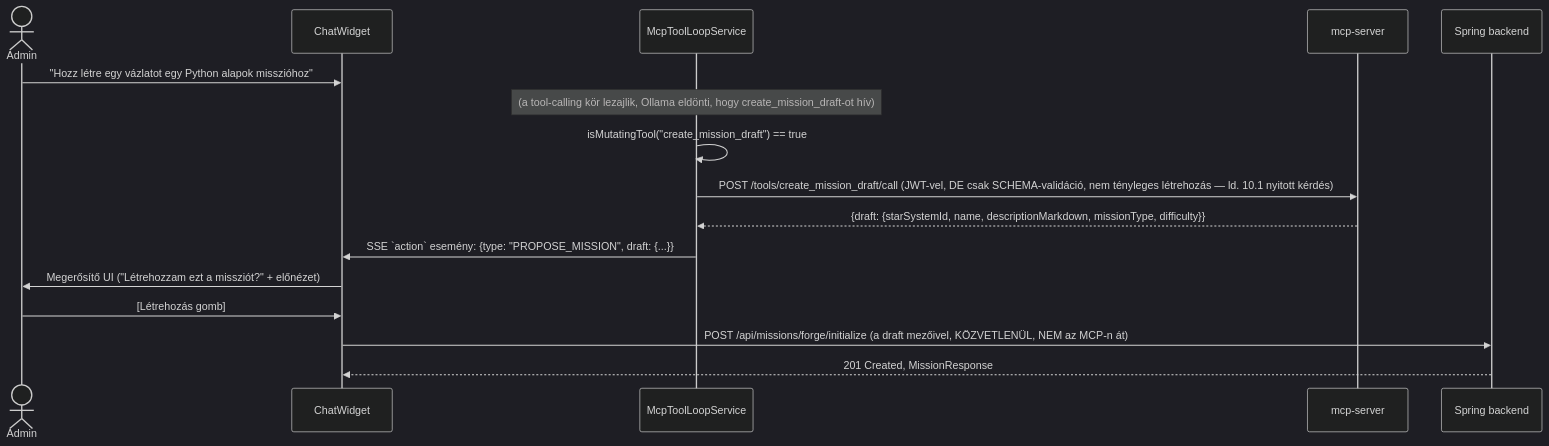
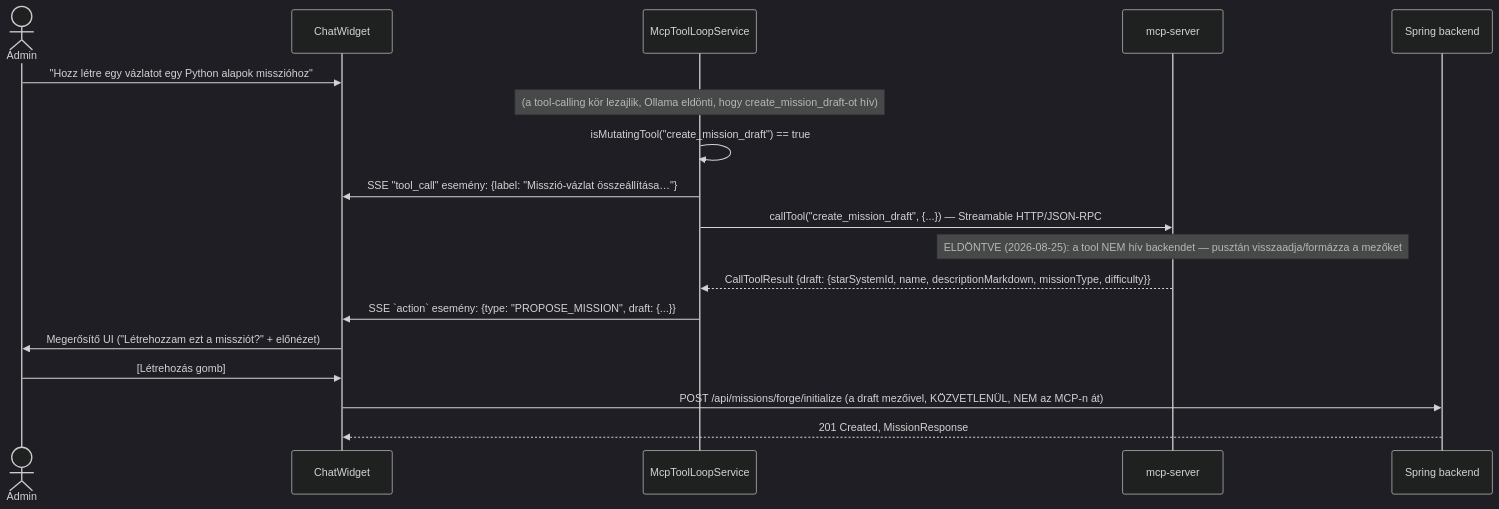
The third of 3 diagrams in plans/pr5_mcp_toolcalling_architecture_2026.md (badzso-boop/legymernok), drawn with Mermaid (dark theme) before and after one commit. The commit also changed other lines of this file and 1 other file, not shown here.

````diff
--- a/plans/pr5_mcp_toolcalling_architecture_2026.md
+++ b/plans/pr5_mcp_toolcalling_architecture_2026.md
@@ -472,19 +658,21 @@
 ```mermaid
 sequenceDiagram
     actor Admin
     participant CW as ChatWidget
     participant MTL as McpToolLoopService
     participant MCP as mcp-server
     participant BE as Spring backend
 
     Admin->>CW: "Hozz létre egy vázlatot egy Python alapok misszióhoz"
     Note over MTL: (a tool-calling kör lezajlik, Ollama eldönti, hogy create_mission_draft-ot hív)
     MTL->>MTL: isMutatingTool("create_mission_draft") == true
-    MTL->>MCP: POST /tools/create_mission_draft/call (JWT-vel, DE csak SCHEMA-validáció, nem tényleges létrehozás — ld. 10.1 nyitott kérdés)
-    MCP-->>MTL: {draft: {starSystemId, name, descriptionMarkdown, missionType, difficulty}}
+    MTL->>CW: SSE "tool_call" esemény: {label: "Misszió-vázlat összeállítása…"}
+    MTL->>MCP: callTool("create_mission_draft", {...}) — Streamable HTTP/JSON-RPC
+    Note over MCP: ELDÖNTVE (2026-08-25): a tool NEM hív backendet — pusztán visszaadja/formázza a mezőket
+    MCP-->>MTL: CallToolResult {draft: {starSystemId, name, descriptionMarkdown, missionType, difficulty}}
     MTL->>CW: SSE `action` esemény: {type: "PROPOSE_MISSION", draft: {...}}
     CW->>Admin: Megerősítő UI ("Létrehozzam ezt a missziót?" + előnézet)
     Admin->>CW: [Létrehozás gomb]
     CW->>BE: POST /api/missions/forge/initialize (a draft mezőivel, KÖZVETLENÜL, NEM az MCP-n át)
     BE-->>CW: 201 Created, MissionResponse
 ```
````
